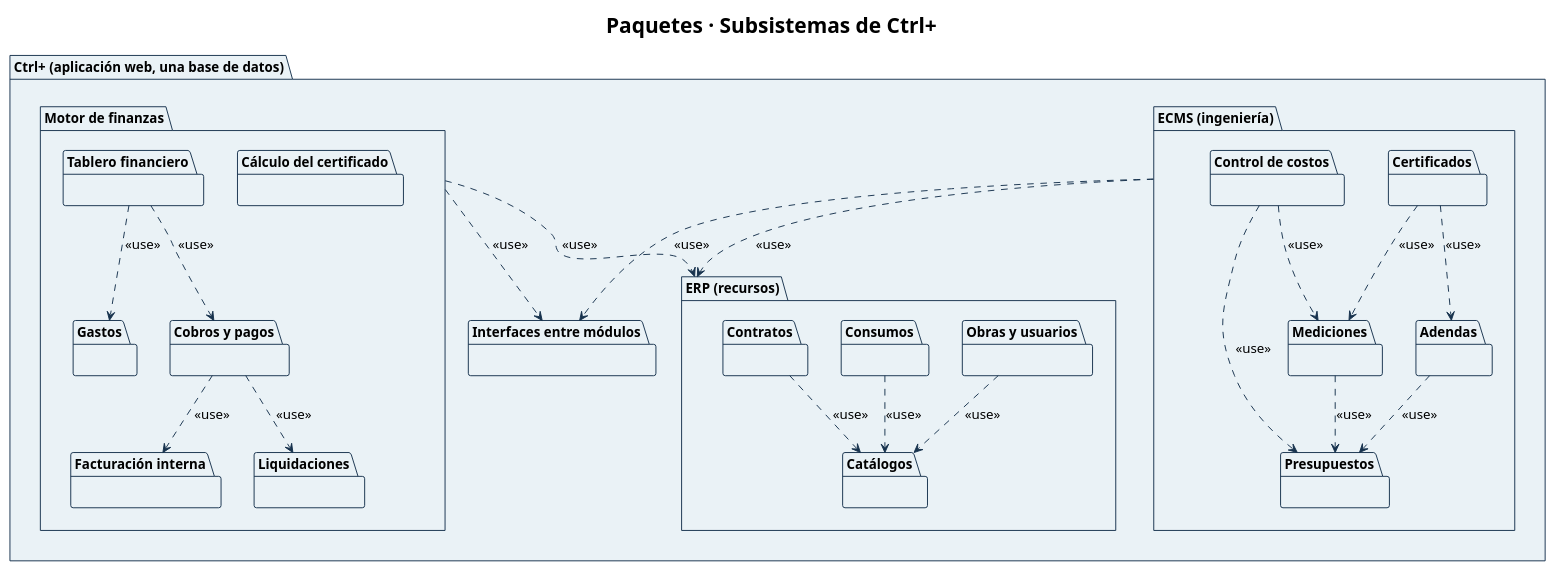
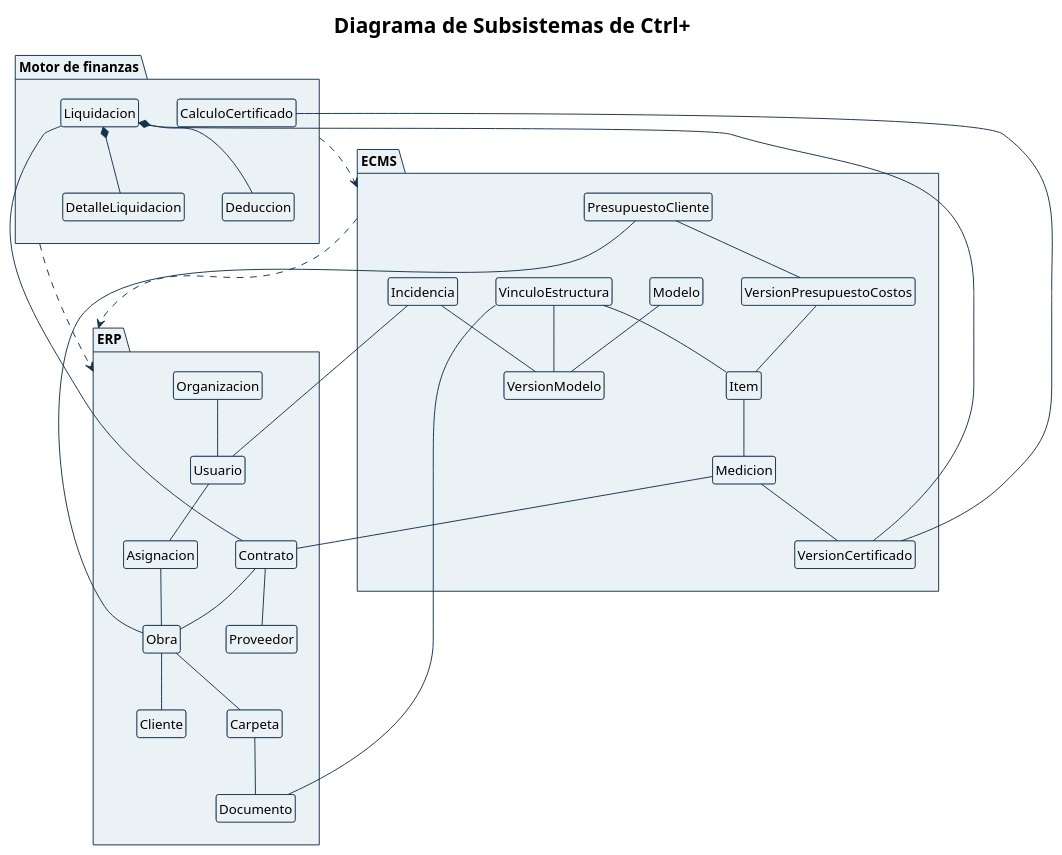
Before and after one commit to Ssrrb/tpf-uca: the diagram in diagramas/CU-00-paquetes.puml, drawn with PlantUML. The commit also changed 9 other files, not shown here.

First line of the commit message:
Diagrama de subsistemas (TPC 07) y avance de la pasada de consistencia

```diff
--- a/diagramas/CU-00-paquetes.puml
+++ b/diagramas/CU-00-paquetes.puml
@@ -1,96 +1,113 @@
 @startuml
 !theme plain
 skinparam style strictuml
 skinparam shadowing false
 skinparam defaultFontName Arial
 skinparam defaultFontSize 14
 skinparam ArrowColor #17324D
 skinparam activity {
   StartColor #17324D
   EndColor #17324D
   BarColor #17324D
   BackgroundColor #F5F8FA
   BorderColor #17324D
   DiamondBackgroundColor #EAF2F6
   DiamondBorderColor #17324D
 }
 skinparam swimlane {
   BorderColor #17324D
   TitleBackgroundColor #EAF2F6
 }
 skinparam state {
   StartColor #17324D
   EndColor #17324D
   BackgroundColor #F5F8FA
   BorderColor #17324D
 }
 skinparam package {
   BackgroundColor #EAF2F6
   BorderColor #17324D
 }
 skinparam note {
   BackgroundColor #FFFFFF
   BorderColor #17324D
 }
-title Paquetes · Subsistemas de Ctrl+
-package "Ctrl+ (aplicación web, una base de datos)" as app {
-  package "Interfaces entre módulos" as itf {
-  }
-  package "ECMS (ingeniería)" as ecms {
-    package "Presupuestos" as pres {
-    }
-    package "Mediciones" as med {
-    }
-    package "Certificados" as cert {
-    }
-    package "Adendas" as aden {
-    }
-    package "Control de costos" as ctrl {
-    }
-  }
-  package "Motor de finanzas" as mf {
-    package "Cálculo del certificado" as calc {
-    }
-    package "Gastos" as gas {
-    }
-    package "Facturación interna" as fac {
-    }
-    package "Liquidaciones" as liq {
-    }
-    package "Cobros y pagos" as cyp {
-    }
-    package "Tablero financiero" as tab {
-    }
-  }
-  package "ERP (recursos)" as erp {
-    package "Obras y usuarios" as obr {
-    }
-    package "Catálogos" as cat {
-    }
-    package "Consumos" as cons {
-    }
-    package "Contratos" as con {
-    }
-  }
+title Diagrama de Subsistemas de Ctrl+
+hide circle
+hide members
+hide empty methods
+hide empty fields
+skinparam classAttributeIconSize 0
+skinparam nodesep 40
+skinparam ranksep 60
+skinparam class {
+  BackgroundColor #F5F8FA
+  BorderColor #17324D
+  HeaderBackgroundColor #EAF2F6
 }
 
-ecms ..> erp : <<use>>
-mf ..> erp : <<use>>
-ecms ..> itf : <<use>>
-mf ..> itf : <<use>>
+package "ERP" as erp {
+  class Organizacion
+  class Usuario
+  class Asignacion
+  class Obra
+  class Cliente
+  class Proveedor
+  class Contrato
+  class Carpeta
+  class Documento
+}
 
-med ..> pres : <<use>>
-cert ..> med : <<use>>
-cert ..> aden : <<use>>
-aden ..> pres : <<use>>
-ctrl ..> pres : <<use>>
-ctrl ..> med : <<use>>
-cyp ..> fac : <<use>>
-cyp ..> liq : <<use>>
-tab ..> cyp : <<use>>
-tab ..> gas : <<use>>
-con ..> cat : <<use>>
-cons ..> cat : <<use>>
-obr ..> cat : <<use>>
+package "ECMS" as ecms {
+  class PresupuestoCliente
+  class VersionPresupuestoCostos
+  class Item
+  class Medicion
+  class VersionCertificado
+  class Modelo
+  class VersionModelo
+  class VinculoEstructura
+  class Incidencia
+}
+
+package "Motor de finanzas" as mf {
+  class CalculoCertificado
+  class Liquidacion
+  class DetalleLiquidacion
+  class Deduccion
+}
+
+Organizacion -- Usuario
+Usuario -- Asignacion
+Asignacion -- Obra
+Obra -- Cliente
+Contrato -- Proveedor
+Contrato -- Obra
+Obra -- Carpeta
+Carpeta -- Documento
+
+PresupuestoCliente -- VersionPresupuestoCostos
+VersionPresupuestoCostos -- Item
+Item -- Medicion
+Medicion -- VersionCertificado
+Modelo -- VersionModelo
+VinculoEstructura -- Item
+VinculoEstructura -- VersionModelo
+Incidencia -- VersionModelo
+
+PresupuestoCliente -- Obra
+Incidencia -- Usuario
+VinculoEstructura -- Documento
+Medicion -- Contrato
+
+CalculoCertificado -- VersionCertificado
+Liquidacion -- VersionCertificado
+Liquidacion -- Contrato
+Liquidacion *-- DetalleLiquidacion
+Liquidacion *-- Deduccion
+
+ecms ..> erp
+mf ..> ecms
+mf ..> erp
 
 @enduml
```
